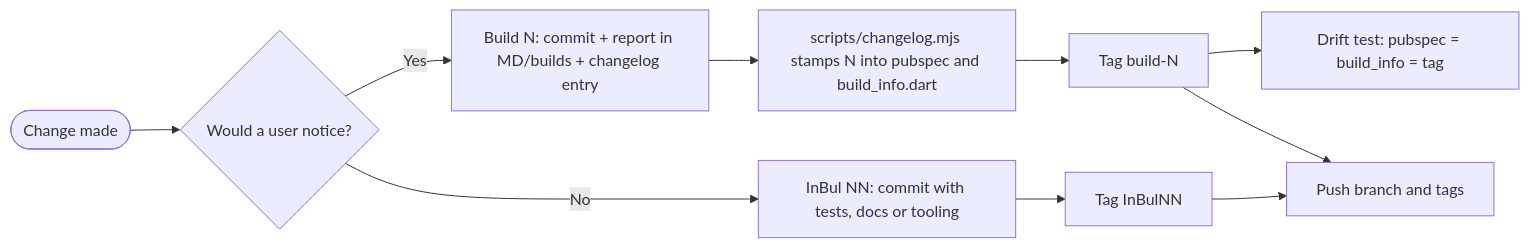
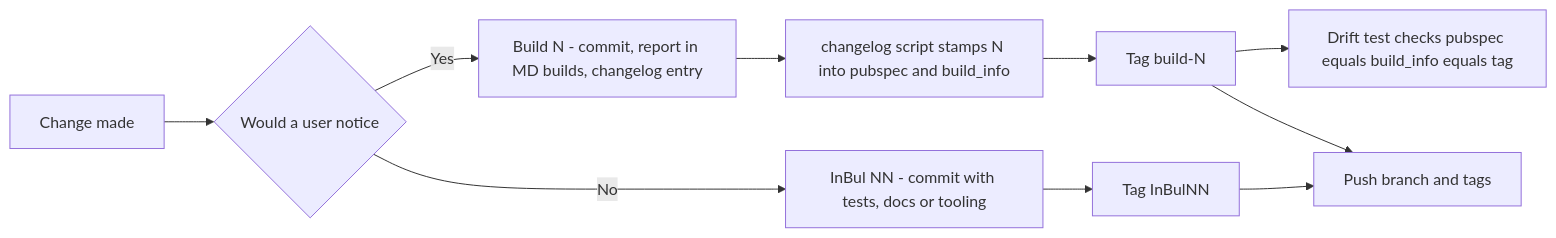
The fifth of 5 diagrams in README.md (xeyynon/CS-Infotech-), drawn with Mermaid before and after one commit. The commit also changed other lines of this file, not shown here.

First line of the commit message:
InBul13: Redraw the README diagrams in plain syntax so GitHub renders them

````diff
--- a/README.md
+++ b/README.md
@@ -342,12 +344,12 @@
 ```mermaid
 flowchart LR
-    C([Change made]) --> Q{Would a user notice?}
-    Q -->|Yes| B["Build N: commit + report in MD/builds + changelog entry"]
-    Q -->|No| I["InBul NN: commit with tests, docs or tooling"]
-    B --> N["scripts/changelog.mjs stamps N into pubspec and build_info.dart"]
+    C[Change made] --> Q{Would a user notice}
+    Q -->|Yes| B[Build N - commit, report in MD builds, changelog entry]
+    Q -->|No| I[InBul NN - commit with tests, docs or tooling]
+    B --> N[changelog script stamps N into pubspec and build_info]
     N --> T[Tag build-N]
     I --> T2[Tag InBulNN]
-    T --> V[Drift test: pubspec = build_info = tag]
+    T --> V[Drift test checks pubspec equals build_info equals tag]
     T --> PUSH[Push branch and tags]
     T2 --> PUSH
 ```
````
